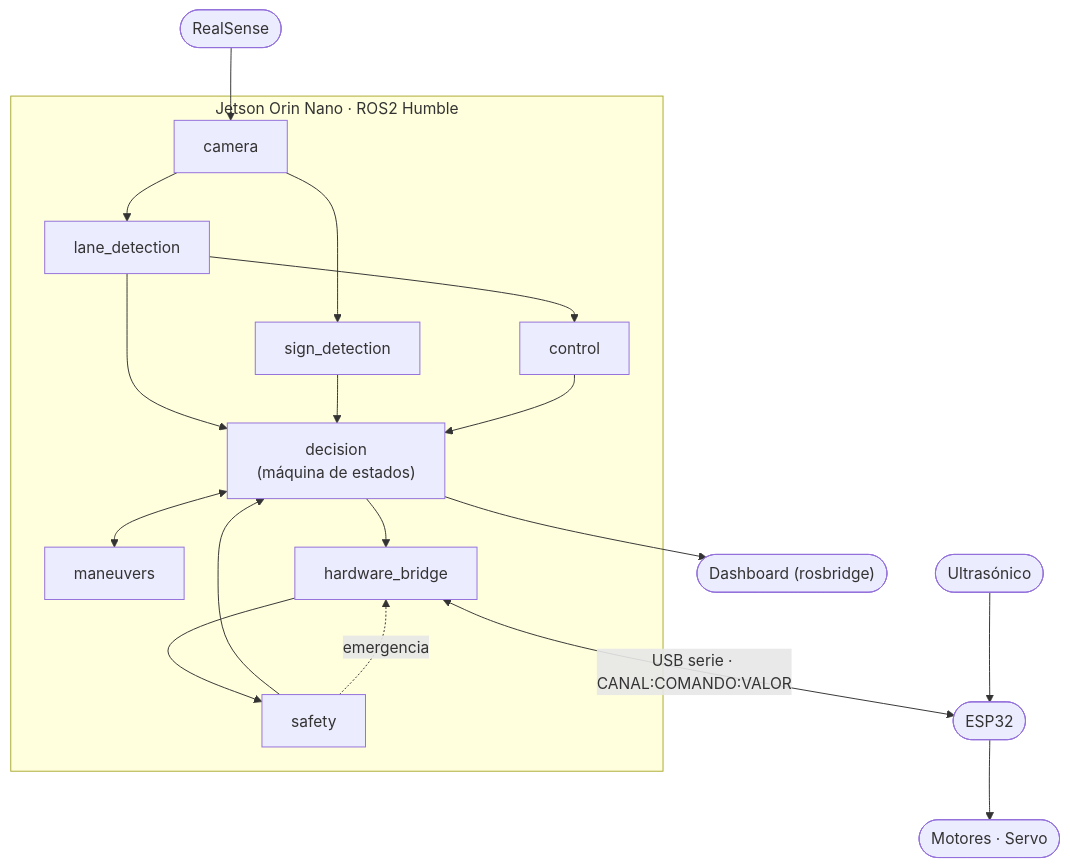
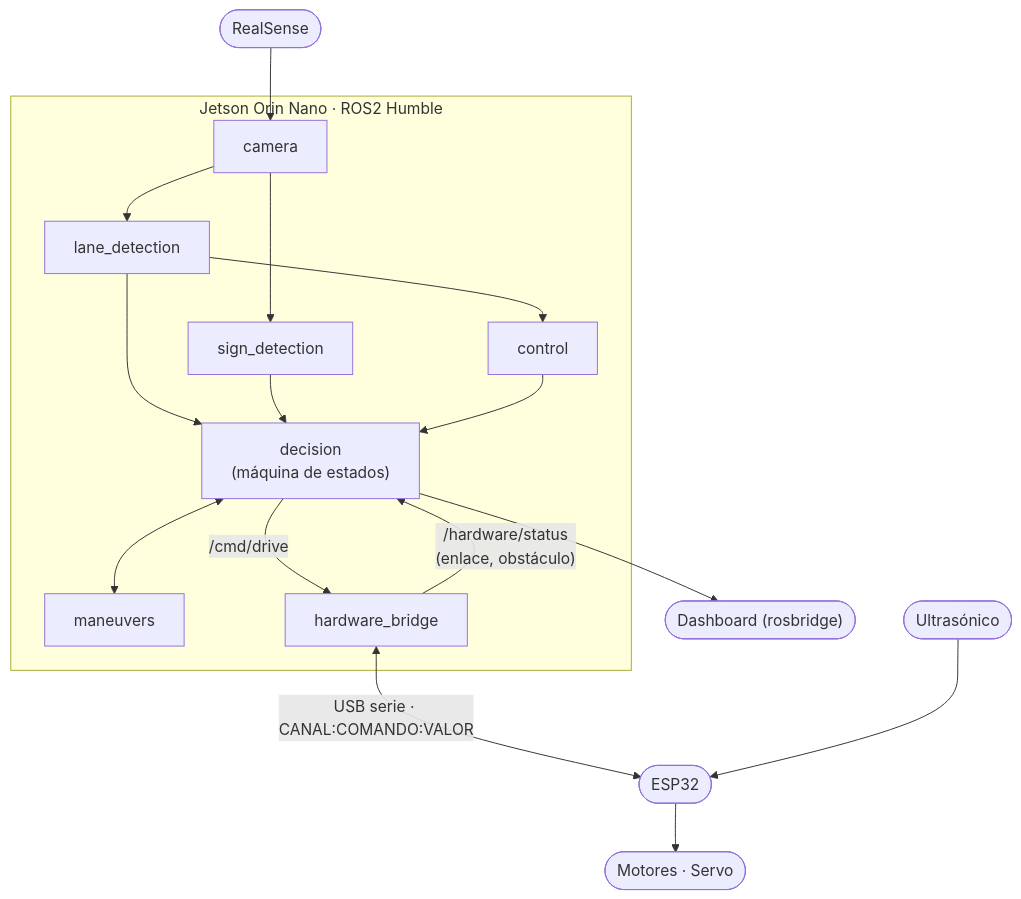
The diagram in docs/ARQUITECTURA.md (Bosch-Aura/autonomous-vehicle-BFMC-ros2), drawn with Mermaid before and after one commit. The commit also changed other lines of this file and 5 other files, not shown here.

````diff
--- a/docs/ARQUITECTURA.md
+++ b/docs/ARQUITECTURA.md
@@ -30,29 +30,26 @@
 ```mermaid
 flowchart TB
   subgraph JETSON["Jetson Orin Nano · ROS2 Humble"]
     CAM["camera"]
     LANE["lane_detection"]
     SIGN["sign_detection"]
     DEC["decision<br/>(máquina de estados)"]
     CTRL["control"]
     MAN["maneuvers"]
-    SAFE["safety"]
     BR["hardware_bridge"]
   end
   RS(["RealSense"]) --> CAM
   CAM --> LANE
   CAM --> SIGN
   LANE --> DEC
   SIGN --> DEC
   LANE --> CTRL
   CTRL --> DEC
   DEC <--> MAN
-  SAFE --> DEC
-  DEC --> BR
-  BR --> SAFE
-  SAFE -.->|emergencia| BR
+  DEC -->|"/cmd/drive"| BR
+  BR -->|"/hardware/status<br/>(enlace, obstáculo)"| DEC
   BR <-->|"USB serie · CANAL:COMANDO:VALOR"| ESP(["ESP32"])
   ESP --> ACT(["Motores · Servo"])
   US(["Ultrasónico"]) --> ESP
   DEC --> DASH(["Dashboard (rosbridge)"])
 ```
````
